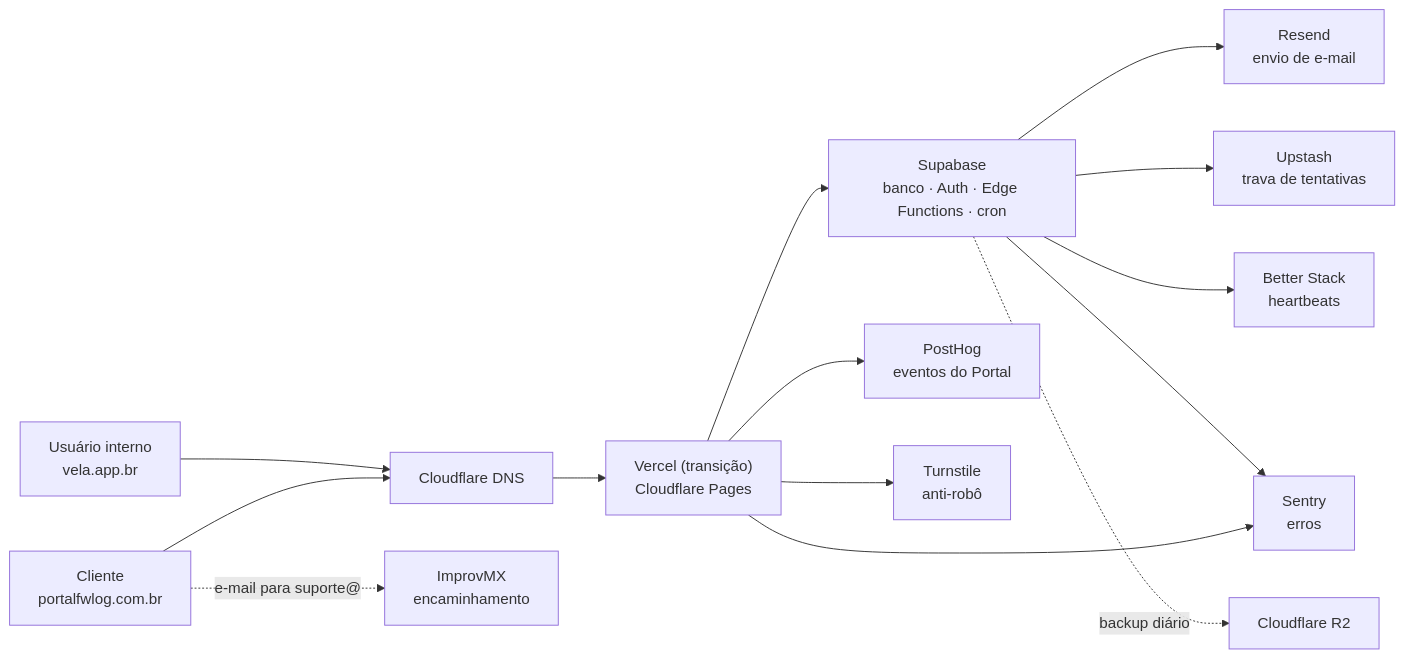
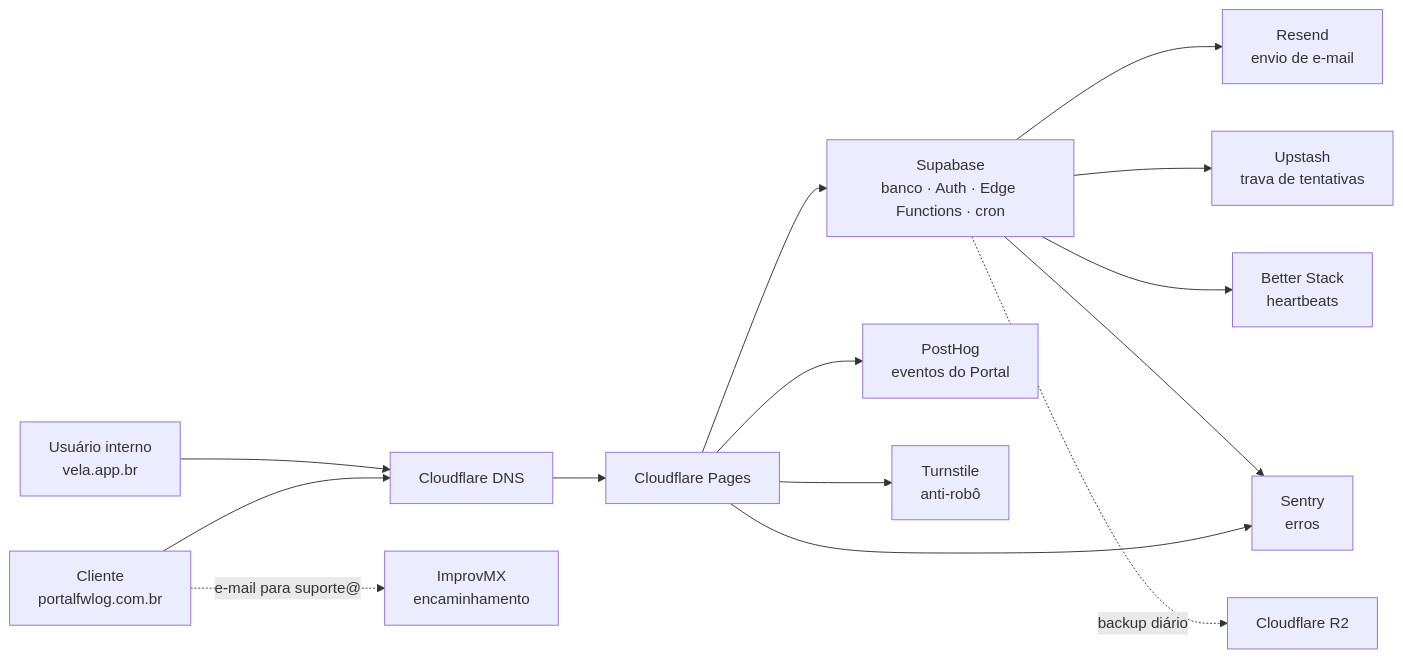
Before and after one commit to luccafwlog/vela: the diagram in docs/operations/servicos-externos.md, drawn with Mermaid. The commit also changed other lines of this file and 1 other file, not shown here.

First line of the commit message:
docs(operacoes): Etapa 10 — domínios no Cloudflare Pages

````diff
--- a/docs/operations/servicos-externos.md
+++ b/docs/operations/servicos-externos.md
@@ -17,16 +17,16 @@
 ```mermaid
 flowchart LR
     U["Usuário interno<br/>vela.app.br"] --> DNS["Cloudflare DNS"]
     C["Cliente<br/>portalfwlog.com.br"] --> DNS
-    DNS --> HOST["Vercel (transição)<br/>Cloudflare Pages"]
+    DNS --> HOST["Cloudflare Pages"]
     HOST --> SB["Supabase<br/>banco · Auth · Edge Functions · cron"]
     SB --> RS["Resend<br/>envio de e-mail"]
     SB --> UP["Upstash<br/>trava de tentativas"]
     SB --> BS["Better Stack<br/>heartbeats"]
     SB --> SE["Sentry<br/>erros"]
     HOST --> SE
     HOST --> PH["PostHog<br/>eventos do Portal"]
     HOST --> TS["Turnstile<br/>anti-robô"]
     C -. "e-mail para suporte@" .-> IM["ImprovMX<br/>encaminhamento"]
     SB -. "backup diário" .-> R2["Cloudflare R2"]
 ```
````
